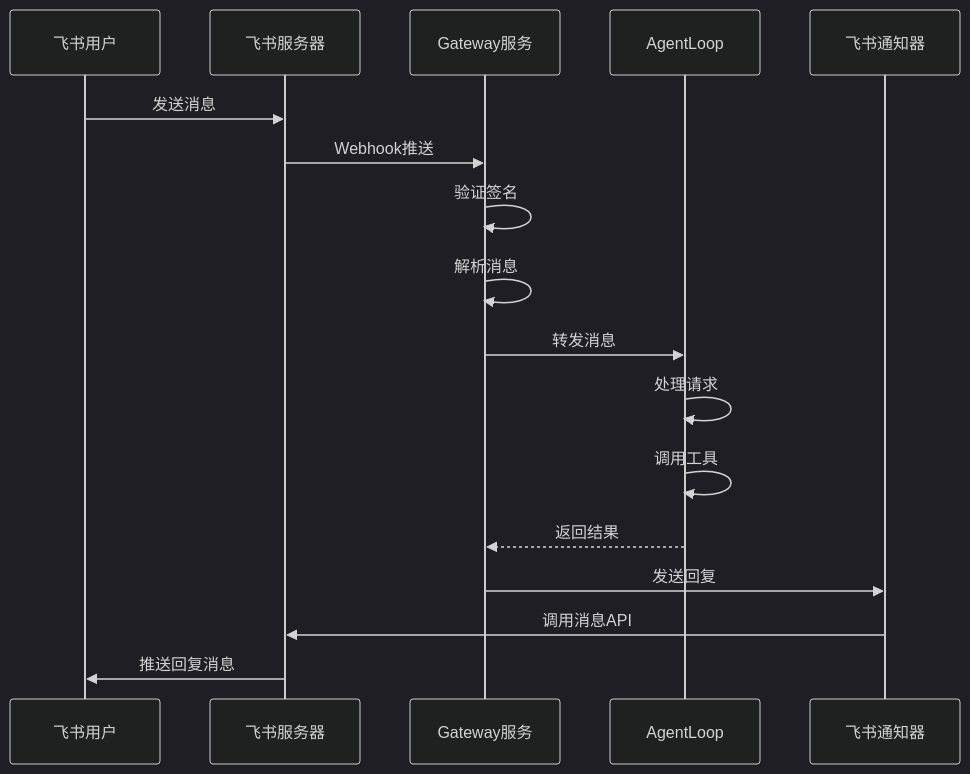
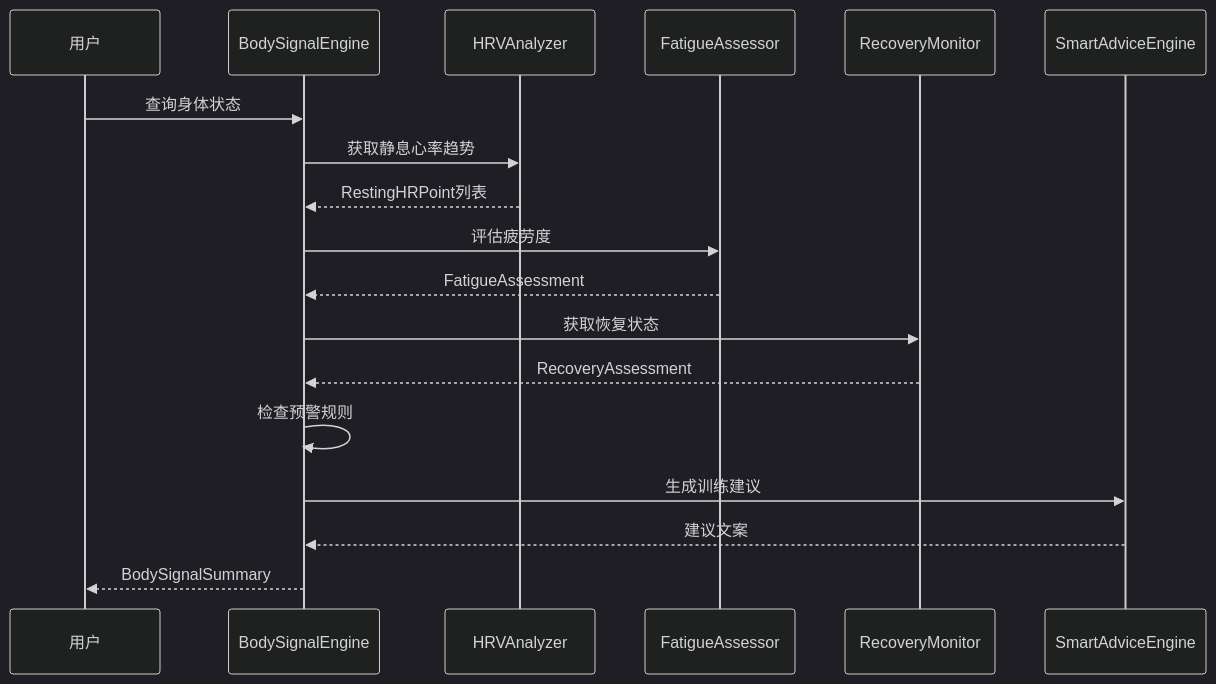
The third of 3 diagrams in docs/architecture/架构设计说明书.md (yecllsl/nanobot-runner), drawn with Mermaid (dark theme) before and after one commit. The commit also changed other lines of this file and 4 other files, not shown here.

````diff
--- a/docs/architecture/架构设计说明书.md
+++ b/docs/architecture/架构设计说明书.md
@@ -608,22 +368,21 @@
 ```mermaid
 sequenceDiagram
-    participant User as 飞书用户
-    participant Feishu as 飞书服务器
-    participant Gateway as Gateway服务
-    participant Agent as AgentLoop
-    participant Notifier as 飞书通知器
-    
-    User->>Feishu: 发送消息
-    Feishu->>Gateway: Webhook推送
-    Gateway->>Gateway: 验证签名
-    Gateway->>Gateway: 解析消息
-    Gateway->>Agent: 转发消息
-    
-    Agent->>Agent: 处理请求
-    Agent->>Agent: 调用工具
-    Agent-->>Gateway: 返回结果
-    
-    Gateway->>Notifier: 发送回复
-    Notifier->>Feishu: 调用消息API
-    Feishu->>User: 推送回复消息
+    participant User as 用户
+    participant Engine as BodySignalEngine
+    participant HRV as HRVAnalyzer
+    participant Fatigue as FatigueAssessor
+    participant Recovery as RecoveryMonitor
+    participant Advice as SmartAdviceEngine
+
+    User->>Engine: 查询身体状态
+    Engine->>HRV: 获取静息心率趋势
+    HRV-->>Engine: RestingHRPoint列表
+    Engine->>Fatigue: 评估疲劳度
+    Fatigue-->>Engine: FatigueAssessment
+    Engine->>Recovery: 获取恢复状态
+    Recovery-->>Engine: RecoveryAssessment
+    Engine->>Engine: 检查预警规则
+    Engine->>Advice: 生成训练建议
+    Advice-->>Engine: 建议文案
+    Engine-->>User: BodySignalSummary
 ```
````
